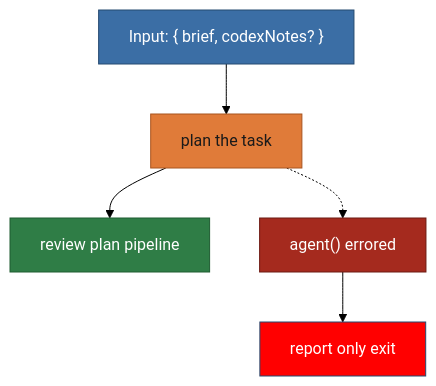
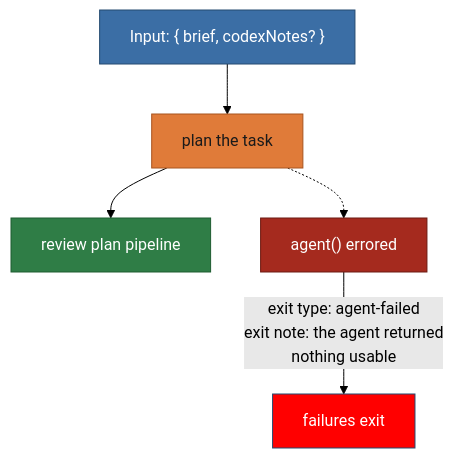
Before and after one commit to matkatmusic/taskTools: the diagram in plans/diagram/pipeline-plan.mmd, drawn with Mermaid (forest theme). The commit also changed 6 other files, not shown here.

Commit message:
more pipeline diagram updates

```diff
--- a/plans/diagram/pipeline-plan.mmd
+++ b/plans/diagram/pipeline-plan.mmd
@@ -1,34 +1,37 @@
 flowchart TB
 %% PLAN PIPELINE. Split from pipeline-planning.mmd.
 %% Input: an active task and an initialized worktree from the preamble pipeline.
 %% One job: turn the tasks.json entry into a plan file.
 %% Starts at "plan the task". Ends with a draft plan.
 %% Rules that apply everywhere, not steps:
 %%   1. Every read and write of tasks.json is atomic.
 %%   2. The planner reads the tasks.json entry, nothing else. That is why the
 %%      review plan pipeline writes codex's notes into the entry before it sends
 %%      the run back here: a bare retry would repeat the first plan's mistakes.
 %%   3. A script that fails operationally, as opposed to returning a verdict,
 %%      exits the run as run-failed. The task is already active and a worktree
 %%      already exists here, so the exit workflow always runs in full.
 %% Exit types this pipeline can produce:
+%%   agent-failed       - an agent returned nothing usable
 %%   run-failed         - a script failed operationally
 %% run-failed is deliberately not drawn as an edge out of every box. It can leave
 %% ANY green box, so drawing it would add one edge per box and hide the flow.
 %% The draft plan this pipeline emits is the input to the review plan pipeline.
 %% The review plan pipeline re-enters here when codex does not accept the plan.
 
   ACTIVE_TASK_WORKTREE_INPUT["Input: { brief, codexNotes? }"] --> PLAN_THE_TASK
   PLAN_THE_TASK["plan the task"] --> REVIEW_PLAN_PIPELINE["review plan pipeline"]
-  PLAN_THE_TASK -.-> AGENT_ERRORED["agent() errored"] --> REPORT_ONLY_EXIT["report only exit"]
+  PLAN_THE_TASK -.-> AGENT_ERRORED["agent() errored"] -- "exit type: agent-failed<br/>exit note: the agent returned<br/>nothing usable" --> EXIT_WORKFLOW
+
+  EXIT_WORKFLOW["failures exit"]
 
   classDef pipeline fill:#2f7d46,stroke:#1e5c31,color:#ffffff
   classDef agent fill:#e07b39,stroke:#a8541f,color:#1a1a1a
   classDef output fill:#3b6ea5,stroke:#254a70,color:#ffffff
   classDef fail fill:red,stroke:#254a70,color:#ffffff
   classDef nopass fill:#a52a1e,stroke:#6d1a12,color:#ffffff
   class PLAN_THE_TASK agent
   class REVIEW_PLAN_PIPELINE pipeline
   class AGENT_ERRORED nopass
-  class REPORT_ONLY_EXIT fail
+  class EXIT_WORKFLOW fail
   class ACTIVE_TASK_WORKTREE_INPUT output
```
